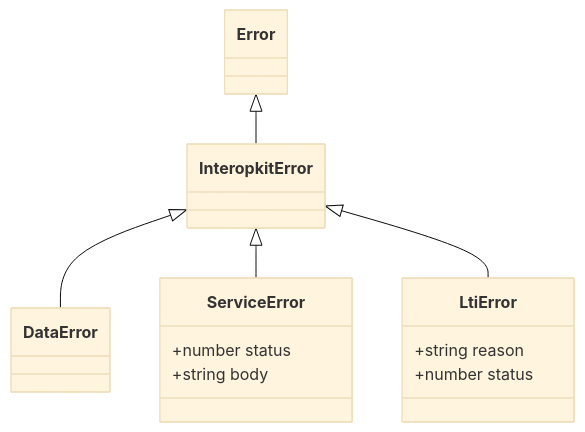
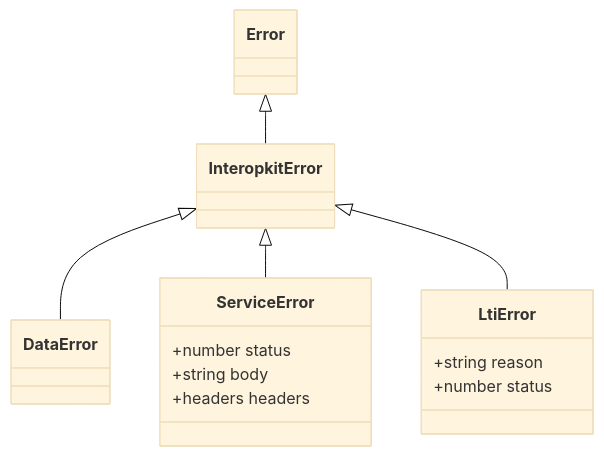
The diagram in docs/core/errors.md (interopkit/interopkit), drawn with Mermaid (base theme) before and after one commit. The commit also changed other lines of this file and 43 other files, not shown here.

````diff
--- a/docs/core/errors.md
+++ b/docs/core/errors.md
@@ -6,15 +6,16 @@
 ```mermaid
 classDiagram
   Error <|-- InteropkitError
   InteropkitError <|-- DataError
   InteropkitError <|-- ServiceError
   InteropkitError <|-- LtiError
   class ServiceError {
     +number status
     +string body
+    +headers headers
   }
   class LtiError {
     +string reason
     +number status
   }
 ```
````
